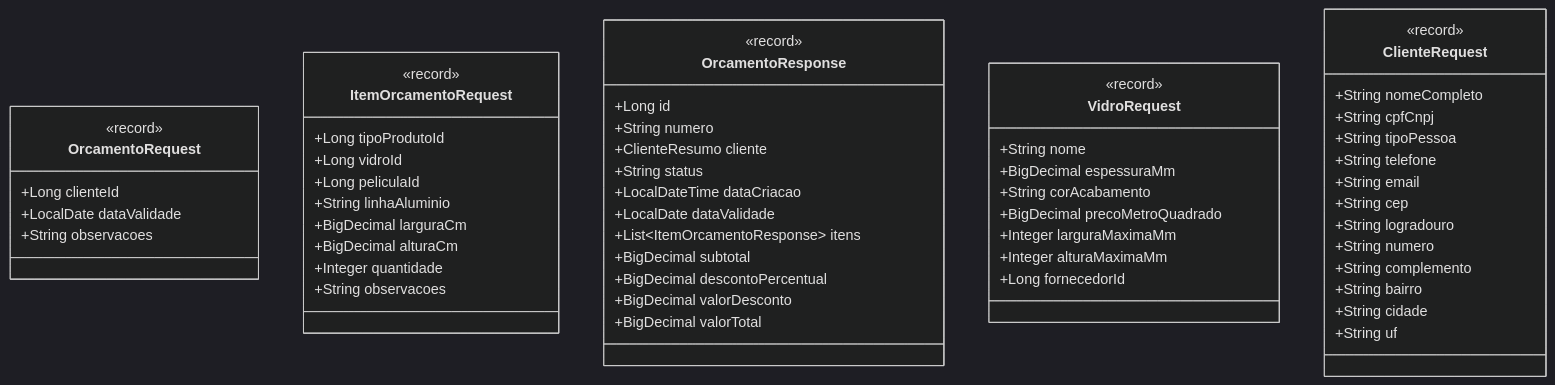
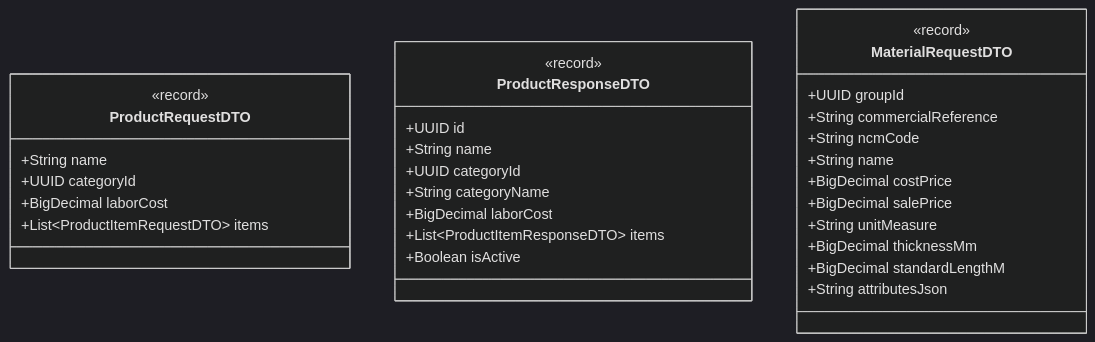
Before and after one commit to ADS-IFPB-SR/alumigest: the third of 3 diagrams in docs/sistema/001-analise-projeto/DCC-Diagramas_de_Classes.md, drawn with Mermaid (dark theme). The commit also changed other lines of this file and 15 other files, not shown here.

````diff
--- a/docs/sistema/001-analise-projeto/DCC-Diagramas_de_Classes.md
+++ b/docs/sistema/001-analise-projeto/DCC-Diagramas_de_Classes.md
@@ -250,63 +116,35 @@
 ```mermaid
 classDiagram
-    class OrcamentoRequest {
+    class ProductRequestDTO {
         <<record>>
-        +Long clienteId
-        +LocalDate dataValidade
-        +String observacoes
+        +String name
+        +UUID categoryId
+        +BigDecimal laborCost
+        +List~ProductItemRequestDTO~ items
     }
 
-    class ItemOrcamentoRequest {
+    class ProductResponseDTO {
         <<record>>
-        +Long tipoProdutoId
-        +Long vidroId
-        +Long peliculaId
-        +String linhaAluminio
-        +BigDecimal larguraCm
-        +BigDecimal alturaCm
-        +Integer quantidade
-        +String observacoes
+        +UUID id
+        +String name
+        +UUID categoryId
+        +String categoryName
+        +BigDecimal laborCost
+        +List~ProductItemResponseDTO~ items
+        +Boolean isActive
     }
 
-    class OrcamentoResponse {
+    class MaterialRequestDTO {
         <<record>>
-        +Long id
-        +String numero
-        +ClienteResumo cliente
-        +String status
-        +LocalDateTime dataCriacao
-        +LocalDate dataValidade
-        +List~ItemOrcamentoResponse~ itens
-        +BigDecimal subtotal
-        +BigDecimal descontoPercentual
-        +BigDecimal valorDesconto
-        +BigDecimal valorTotal
-    }
-
-    class VidroRequest {
-        <<record>>
-        +String nome
-        +BigDecimal espessuraMm
-        +String corAcabamento
-        +BigDecimal precoMetroQuadrado
-        +Integer larguraMaximaMm
-        +Integer alturaMaximaMm
-        +Long fornecedorId
-    }
-
-    class ClienteRequest {
-        <<record>>
-        +String nomeCompleto
-        +String cpfCnpj
-        +String tipoPessoa
-        +String telefone
-        +String email
-        +String cep
-        +String logradouro
-        +String numero
-        +String complemento
-        +String bairro
-        +String cidade
-        +String uf
+        +UUID groupId
+        +String commercialReference
+        +String ncmCode
+        +String name
+        +BigDecimal costPrice
+        +BigDecimal salePrice
+        +String unitMeasure
+        +BigDecimal thicknessMm
+        +BigDecimal standardLengthM
+        +String attributesJson
     }
 ```
````
